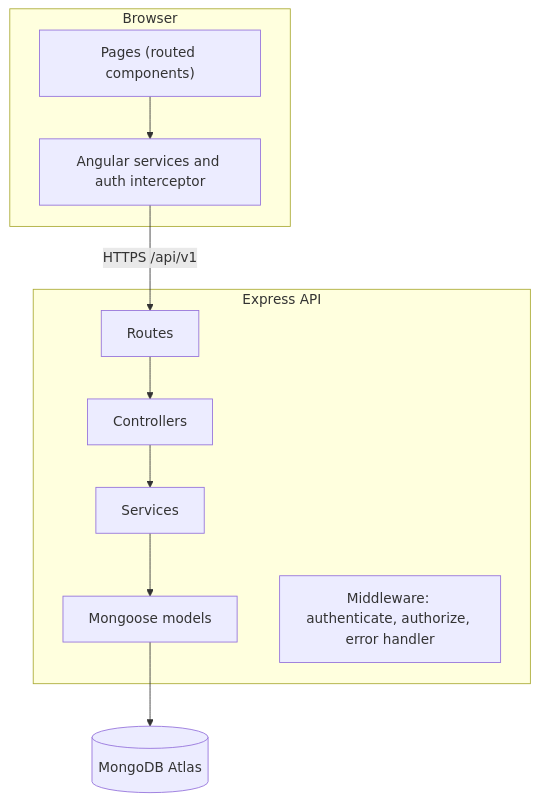
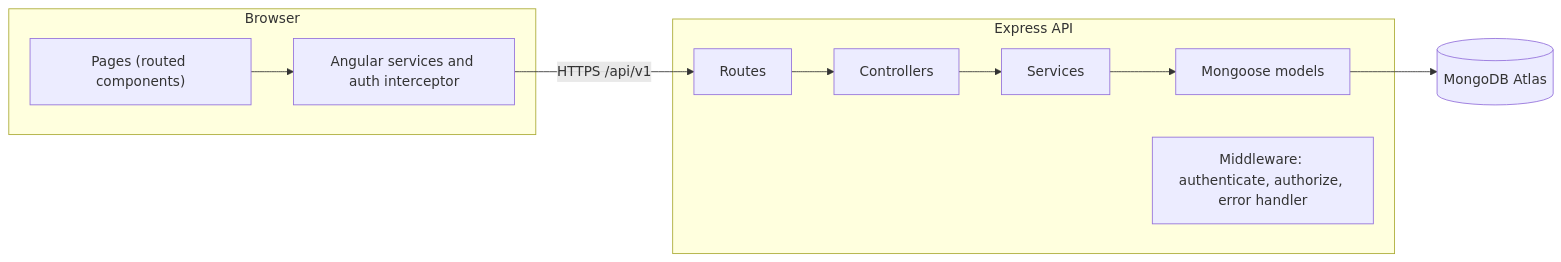
Before and after one commit to lindseychoi/yoga-hom-project-lchoi: the first of 6 diagrams in docs/PROJECT_REPORT.md, drawn with Mermaid. The commit also changed other lines of this file and 39 other files, not shown here.

````diff
--- a/docs/PROJECT_REPORT.md
+++ b/docs/PROJECT_REPORT.md
@@ -90,17 +78,17 @@
 ```mermaid
-graph TB
+graph LR
     subgraph Browser["Browser"]
         Pages["Pages (routed components)"]
         Svc["Angular services and auth interceptor"]
         Pages --> Svc
     end
     subgraph Server["Express API"]
         R["Routes"] --> C["Controllers"]
         C --> S["Services"]
         S --> M["Mongoose models"]
         MW["Middleware: authenticate, authorize, error handler"]
     end
     DB[("MongoDB Atlas")]
     Svc -->|"HTTPS /api/v1"| R
     M --> DB
 ```
````
